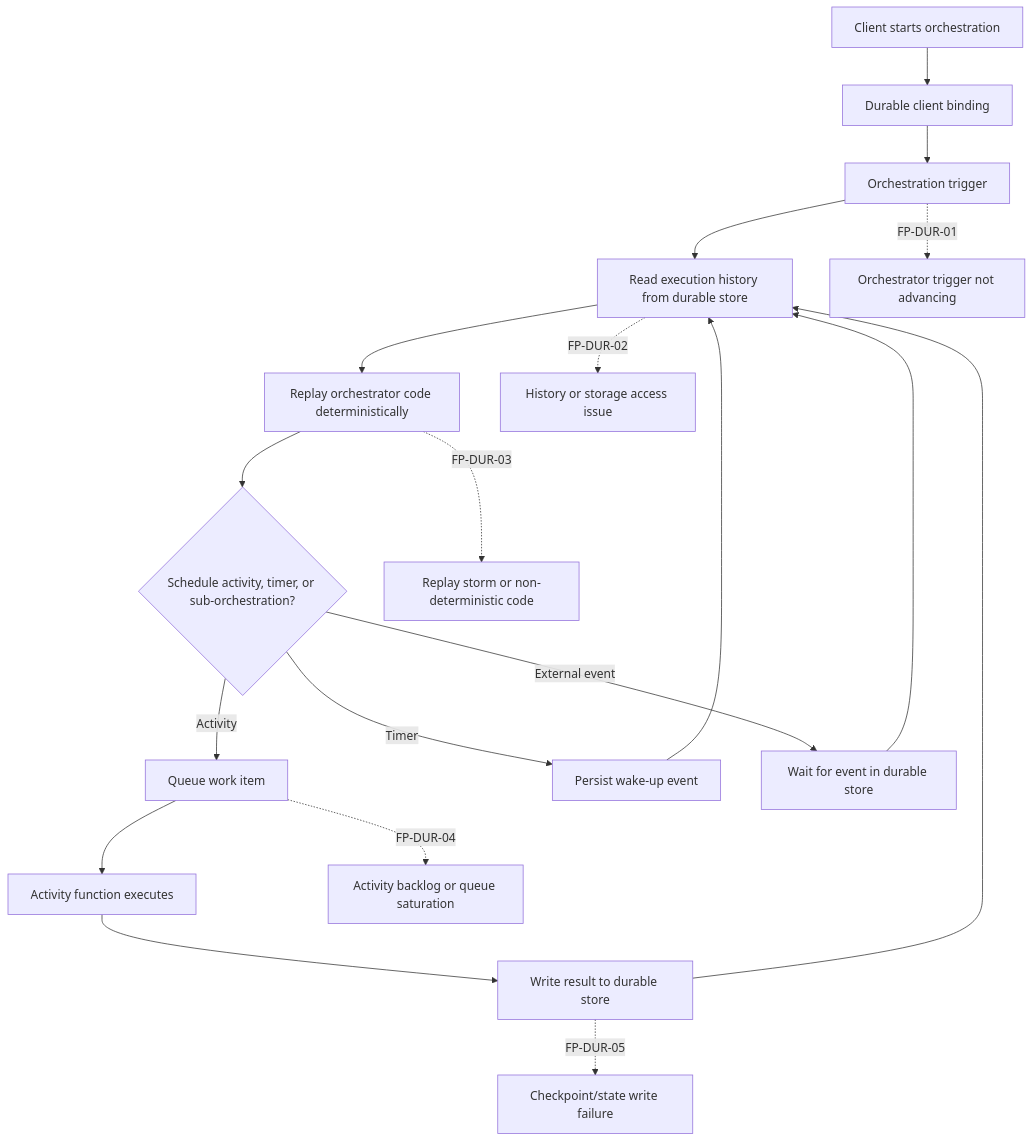
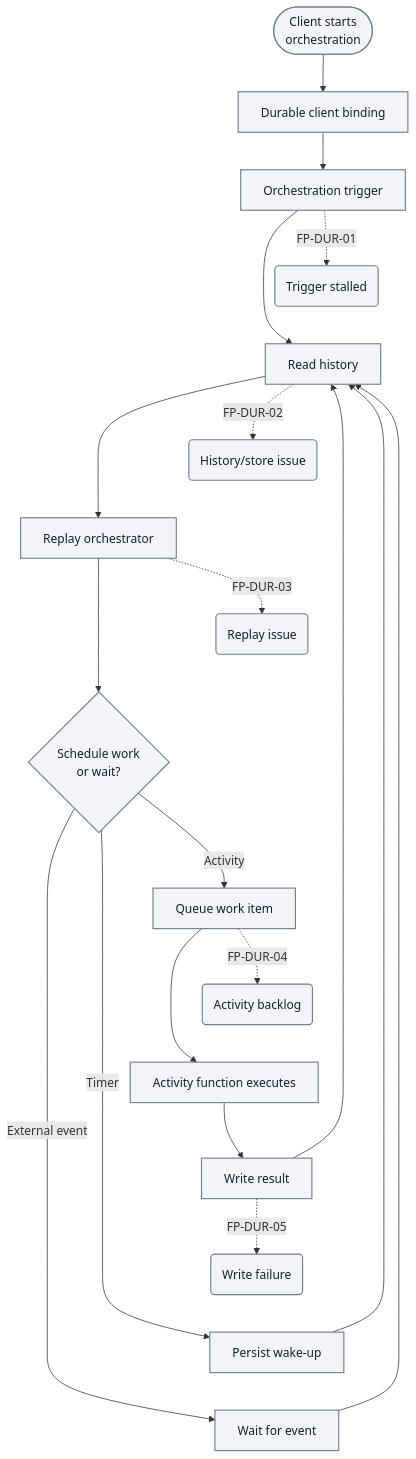
One commit to yeongseon/azure-functions-practical-guide changed the seventh of 10 diagrams in docs/troubleshooting/architecture-components-reference.md. Above: the diagram before and after it, drawn with Mermaid. The commit also changed other lines of this file and 1 other file, not shown here.

First line of the commit message:
docs(diagrams): migrate Functions troubleshooting overview — architecture components reference (#452)

````diff
--- a/docs/troubleshooting/architecture-components-reference.md
+++ b/docs/troubleshooting/architecture-components-reference.md
@@ -474,22 +540,35 @@
 ```mermaid
+%%{init: {'flowchart': {'nodeSpacing': 10}}}%%
 flowchart TD
-    A[Client starts orchestration] --> B[Durable client binding]
+    accTitle: Durable orchestration diagnostic flow
+    accDescr: Illustrative Azure Storage task-hub model; the runtime mediates history reads, persistence and activity scheduling. Replay is the normal reconstruction path; supported caching can avoid a full replay. Activity results, durable timers and external client signals resume processing; waiting itself does not send an event. Sub-orchestrations are also supported, although this figure branches only to activities, timers and external-event waits. Failure points are diagnostic candidates.
+    A(["Client starts<br/>orchestration"]) --> B["Durable client binding"]
     B --> C[Orchestration trigger]
-    C --> D[Read execution history from durable store]
-    D --> E[Replay orchestrator code deterministically]
-    E --> F{Schedule activity, timer, or sub-orchestration?}
+    C --> D["Read history"]
+    D --> E["Replay orchestrator"]
+    E --> F{"Schedule work<br/>or wait?"}
     F -->|Activity| G[Queue work item]
-    F -->|Timer| H[Persist wake-up event]
-    F -->|External event| I[Wait for event in durable store]
-    G --> J[Activity function executes]
-    J --> K[Write result to durable store]
+    F -->|Timer| H["Persist wake-up"]
+    F -->|External event| I["Wait for event"]
+    G --> J["Activity function executes"]
+    J --> K["Write result"]
     H --> D
     I --> D
     K --> D
 
-    C -. FP-DUR-01 .-> C1[Orchestrator trigger not advancing]
-    D -. FP-DUR-02 .-> D1[History or storage access issue]
-    E -. FP-DUR-03 .-> E1[Replay storm or non-deterministic code]
-    G -. FP-DUR-04 .-> G1[Activity backlog or queue saturation]
-    K -. FP-DUR-05 .-> K1["Checkpoint/state write failure"]
+    C -. FP-DUR-01 .-> C1("Trigger stalled")
+    D -. FP-DUR-02 .-> D1("History/store issue")
+    E -. FP-DUR-03 .-> E1("Replay issue")
+    G -. FP-DUR-04 .-> G1("Activity backlog")
+    K -. FP-DUR-05 .-> K1("Write failure")
+    %% Layout-only links tier candidates; they add no diagnostic steps or arrows.
+    C1 ~~~ D
+    D1 ~~~ E
+    E1 ~~~ F
+    G1 ~~~ J
+    %% Layout-only links tier the three alternatives; they add no diagnostic steps or arrows.
+    K1 ~~~ H
+    H ~~~ I
+    classDef baseNeutral fill:#f2f4f8,stroke:#707e93,stroke-width:1.5px,color:#14202e;
+    class A,B,C,D,E,F,G,H,I,J,K,C1,D1,E1,G1,K1 baseNeutral;
 ```
````
